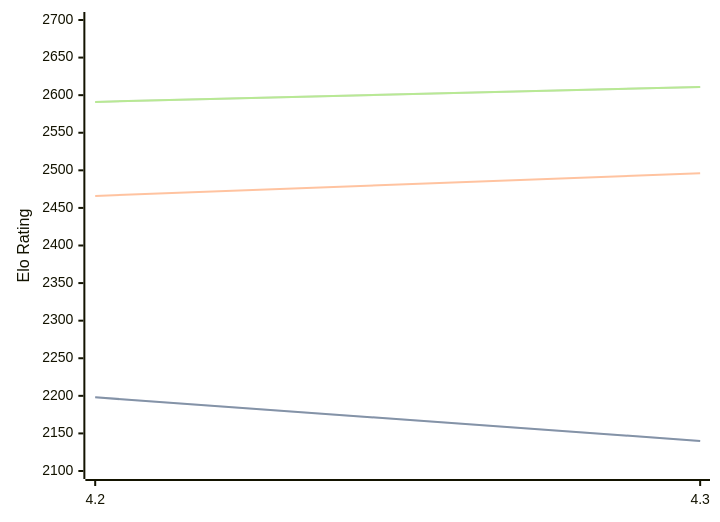
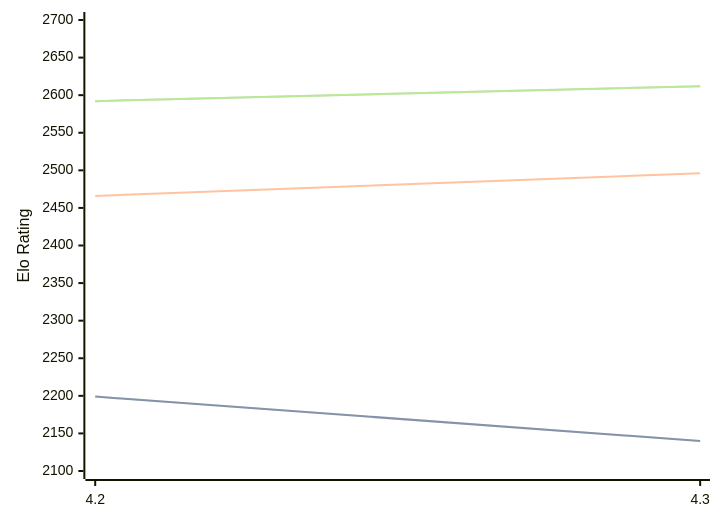
Before and after one commit to computer-chess-index/cci: the diagram in engines/Eubos.md, drawn with Mermaid. The commit also changed other lines of this file, not shown here.

Commit message:
Update CCI Ratings (ELO VLTC) - 2026-05-01

````diff
--- a/engines/Eubos.md
+++ b/engines/Eubos.md
@@ -88,11 +88,11 @@
 ```mermaid
 %%{init: {"theme":"base","themeVariables":{"seriesColors:['#a3a3a3','#222221','#faa371']}}}%%
 xychart-beta
   x-axis ["4.2", "4.3"]
   y-axis "Elo Rating" 2100 --> 2700
-  line "STC (8.0+0.08s)" [2198, 2140]
-  line "STC (8.0+0.08s)" [2198, 2140]
+  line "STC (8.0+0.08s)" [2199, 2140]
+  line "STC (8.0+0.08s)" [2199, 2140]
   line "LTC (60.0+0.60s)" [2466, 2496]
-  line "VLTC (2m24s+1.12s)" [2591, 2611]
-  line "VLTC (2m24s+1.12s)" [2591, 2611]
+  line "VLTC (2m24s+1.12s)" [2592, 2612]
+  line "VLTC (2m24s+1.12s)" [2592, 2612]
 ```
````
